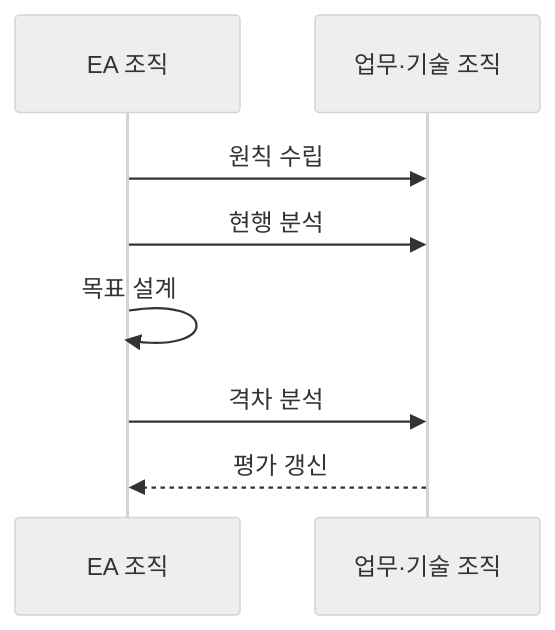
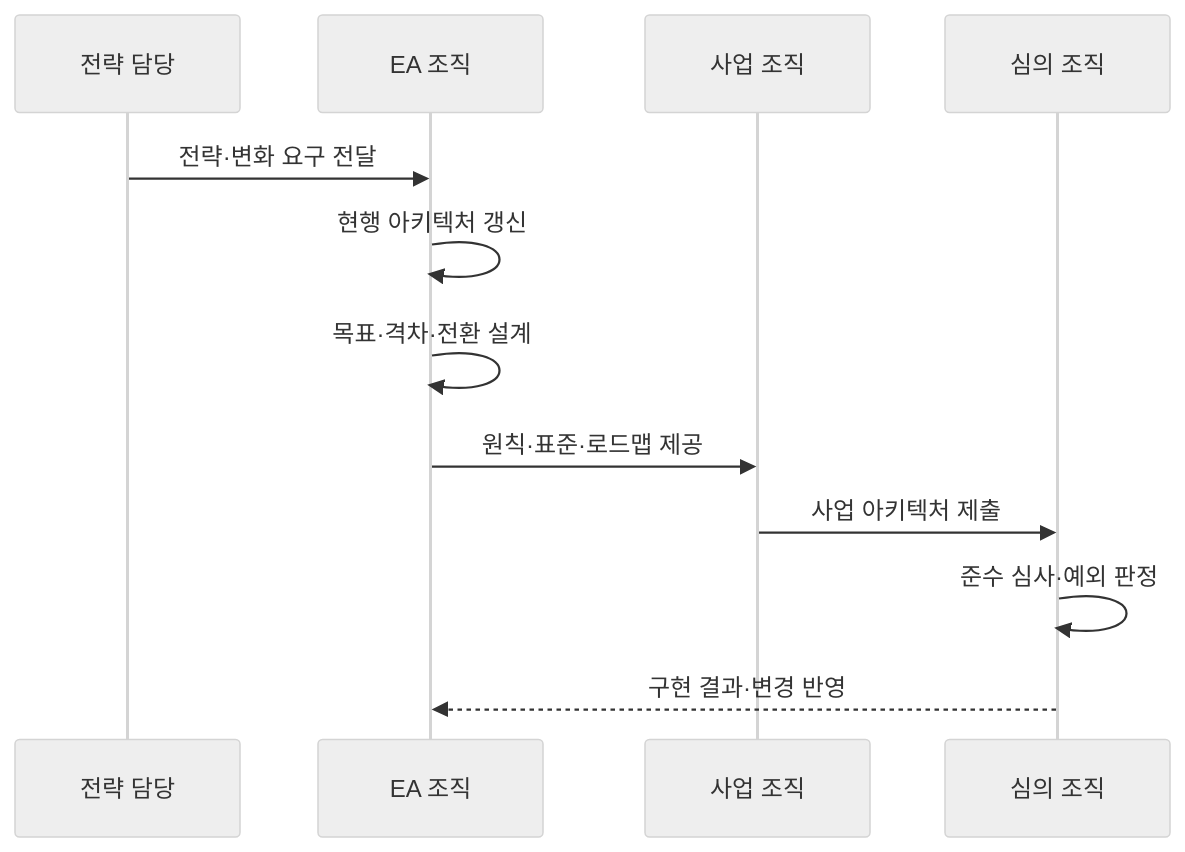
Before and after one commit to agnusdei1207/knowledge-base: the second of 2 diagrams in src/content/docs/notes/03-software/189_enterprise_architecture.md, drawn with Mermaid (neutral theme). The commit also changed other lines of this file and 7 other files, not shown here.

````diff
--- a/src/content/docs/notes/03-software/189_enterprise_architecture.md
+++ b/src/content/docs/notes/03-software/189_enterprise_architecture.md
@@ -83,10 +82,14 @@
 ```mermaid
 sequenceDiagram
+    participant S as 전략 담당
     participant A as EA 조직
-    participant B as 업무·기술 조직
-    A->>B: 원칙 수립
-    A->>B: 현행 분석
-    A->>A: 목표 설계
-    A->>B: 격차 분석
-    B-->>A: 평가 갱신
+    participant P as 사업 조직
+    participant G as 심의 조직
+    S->>A: 전략·변화 요구 전달
+    A->>A: 현행 아키텍처 갱신
+    A->>A: 목표·격차·전환 설계
+    A->>P: 원칙·표준·로드맵 제공
+    P->>G: 사업 아키텍처 제출
+    G->>G: 준수 심사·예외 판정
+    G-->>A: 구현 결과·변경 반영
 ```
````
